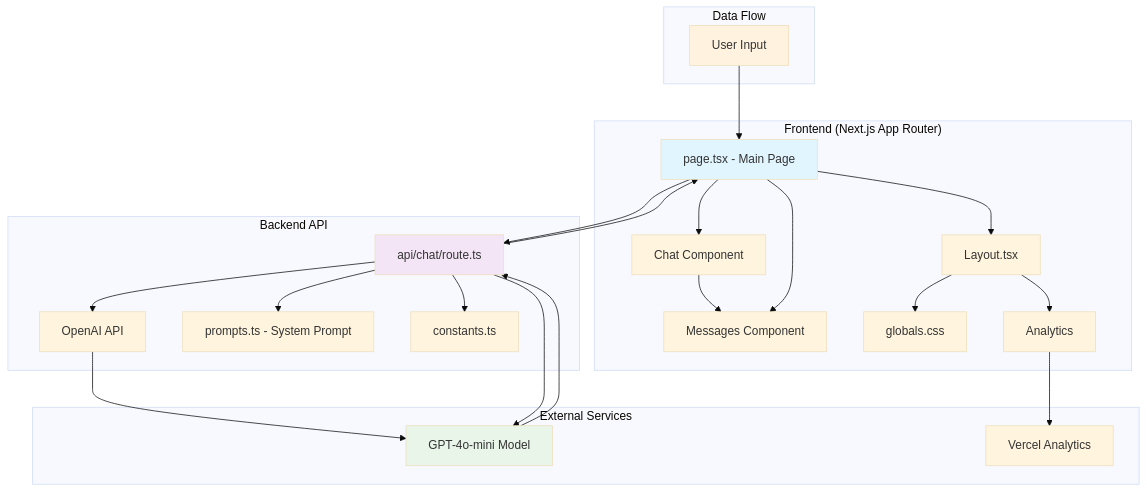
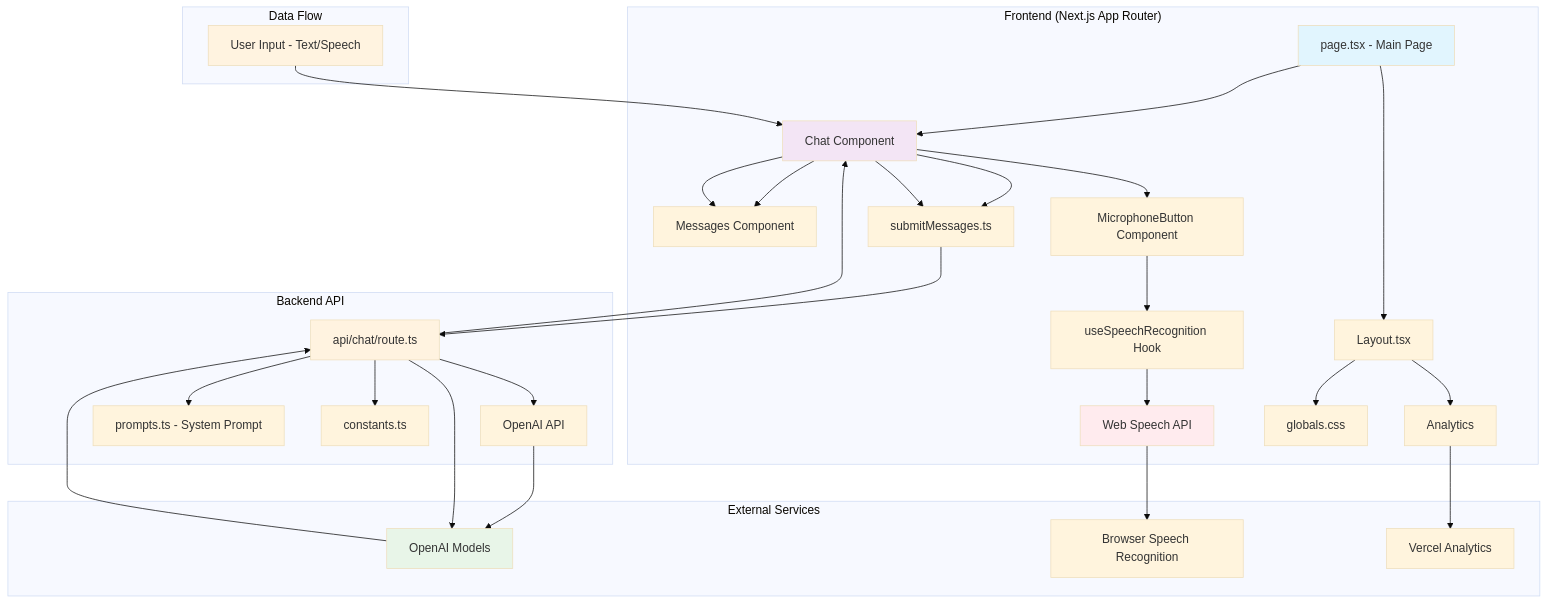
One commit to andrewdeanyoder/siebert-ai changed the first of 6 diagrams in docs/architecture/current-architecture.md. Above: the diagram before and after it, drawn with Mermaid (base theme). The commit also changed other lines of this file and 13 other files, not shown here.

````diff
--- a/docs/architecture/current-architecture.md
+++ b/docs/architecture/current-architecture.md
@@ -5,35 +5,43 @@
 ```mermaid
 graph TB
     subgraph "Frontend (Next.js App Router)"
         A[page.tsx - Main Page] --> B[Chat Component]
         B --> C[Messages Component]
-        A --> D[Layout.tsx]
-        D --> E[globals.css]
-        D --> F[Analytics]
+        B --> D[MicrophoneButton Component]
+        D --> E[useSpeechRecognition Hook]
+        E --> F[Web Speech API]
+        B --> G[submitMessages.ts]
+        A --> H[Layout.tsx]
+        H --> I[globals.css]
+        H --> J[Analytics]
     end
 
     subgraph "Backend API"
-        G[api/chat/route.ts] --> H[OpenAI API]
-        G --> I[prompts.ts - System Prompt]
-        G --> J[constants.ts]
+        K[api/chat/route.ts] --> L[OpenAI API]
+        K --> M[prompts.ts - System Prompt]
+        K --> N[constants.ts]
     end
 
     subgraph "External Services"
-        H --> K[GPT-4o-mini Model]
-        F --> L[Vercel Analytics]
+        L --> O[OpenAI Models]
+        F --> P[Browser Speech Recognition]
+        J --> Q[Vercel Analytics]
     end
 
     subgraph "Data Flow"
-        M[User Input] --> A
-        A --> G
+        R[User Input - Text/Speech] --> B
+        B --> G
         G --> K
-        K --> G
-        G --> A
-        A --> C
+        K --> O
+        O --> K
+        K --> B
+        B --> C
     end
 
     style A fill:#e1f5fe
-    style G fill:#f3e5f5
-    style K fill:#e8f5e8
-    style M fill:#fff3e0
+    style B fill:#f3e5f5
+    style K fill:#fff3e0
+    style O fill:#e8f5e8
+    style R fill:#fff3e0
+    style F fill:#ffebee
 ```
````
